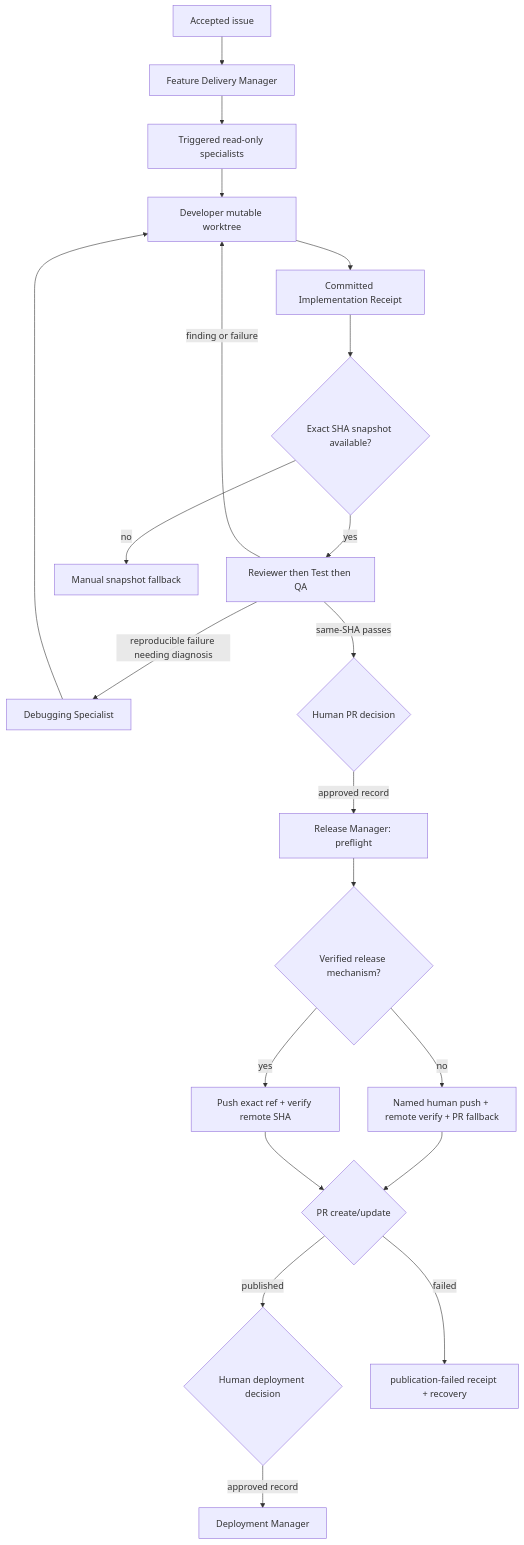
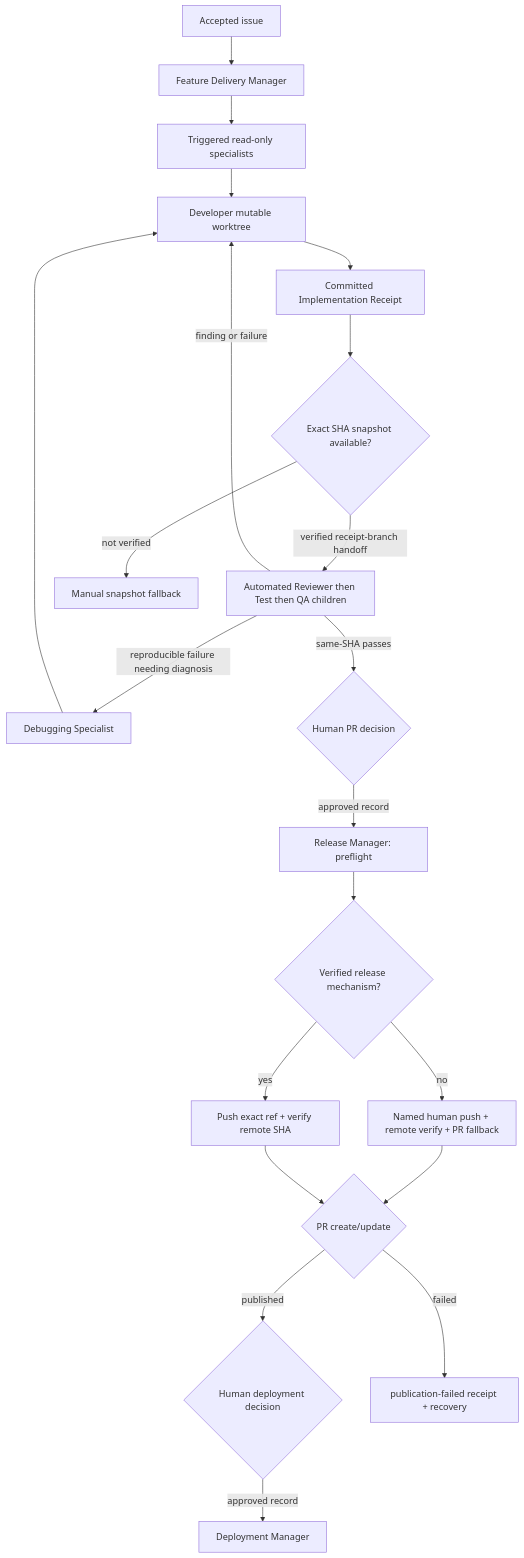
One commit to lfarci/loganfarci.com changed the diagram in docs/agents/feature-delivery-manager.md. Above: the diagram before and after it, drawn with Mermaid. The commit also changed other lines of this file and 2 other files, not shown here.

Commit message:
fix(agents): automate verified delivery handoffs

````diff
--- a/docs/agents/feature-delivery-manager.md
+++ b/docs/agents/feature-delivery-manager.md
@@ -218,23 +229,23 @@
 ```mermaid
 flowchart TD
     A[Accepted issue] --> M[Feature Delivery Manager]
     M --> S[Triggered read-only specialists]
     S --> D[Developer mutable worktree]
     D --> I[Committed Implementation Receipt]
     I --> V{Exact SHA snapshot available?}
-    V -->|yes| R[Reviewer then Test then QA]
-    V -->|no| F[Manual snapshot fallback]
+    V -->|verified receipt-branch handoff| R[Automated Reviewer then Test then QA children]
+    V -->|not verified| F[Manual snapshot fallback]
     R -->|reproducible failure needing diagnosis| B[Debugging Specialist]
     B --> D
     R -->|finding or failure| D
     R -->|same-SHA passes| P{Human PR decision}
     P -->|approved record| L[Release Manager: preflight]
     L --> U{Verified release mechanism?}
     U -->|no| H[Named human push + remote verify + PR fallback]
     U -->|yes| W[Push exact ref + verify remote SHA]
     H --> Z{Release receipt?}
     W --> Z{PR create/update}
     Z -->|published| Q{Human deployment decision}
     Z -->|failed| F2[publication-failed receipt + recovery]
     Q -->|approved record| X[Deployment Manager]
 ```
````
